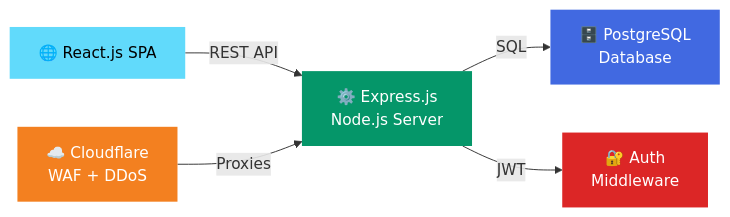
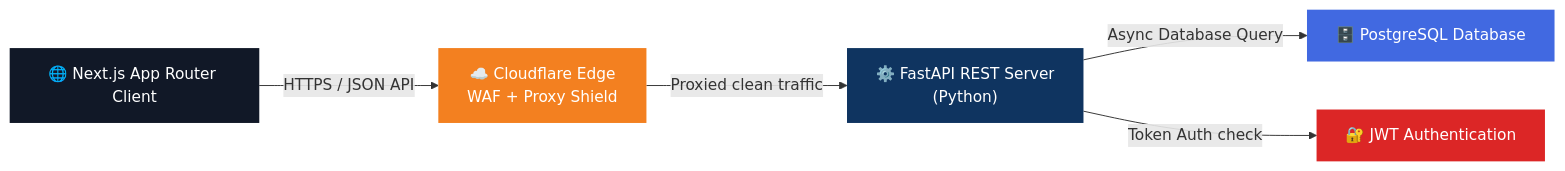
The diagram in README.md (algorithnicmind/Bookflow-management), drawn with Mermaid before and after one commit. The commit also changed other lines of this file and 3 other files, not shown here.

Commit message:
feat: implement FastAPI-based authentication system with JWT, role-based access control, and database models.

````diff
--- a/README.md
+++ b/README.md
@@ -96,13 +96,13 @@
 ```mermaid
 graph LR
-    A["🌐 React.js SPA"] -->|REST API| B["⚙️ Express.js<br/>Node.js Server"]
-    B -->|SQL| C["🗄️ PostgreSQL<br/>Database"]
-    B -->|JWT| D["🔐 Auth<br/>Middleware"]
-    E["☁️ Cloudflare<br/>WAF + DDoS"] -->|Proxies| B
+    A["🌐 Next.js App Router Client"] -->|HTTPS / JSON API| B["☁️ Cloudflare Edge<br/>WAF + Proxy Shield"]
+    B -->|Proxied clean traffic| C["⚙️ FastAPI REST Server<br/>(Python)"]
+    C -->|Async Database Query| D["🗄️ PostgreSQL Database"]
+    C -->|Token Auth check| E["🔐 JWT Authentication"]
 
-    style A fill:#61DAFB,color:#000,stroke:none
-    style B fill:#059669,color:#fff,stroke:none
-    style C fill:#4169E1,color:#fff,stroke:none
-    style D fill:#DC2626,color:#fff,stroke:none
-    style E fill:#F38020,color:#fff,stroke:none
+    style A fill:#111827,color:#fff,stroke:none
+    style B fill:#F38020,color:#fff,stroke:none
+    style C fill:#0f3460,color:#fff,stroke:none
+    style D fill:#4169E1,color:#fff,stroke:none
+    style E fill:#DC2626,color:#fff,stroke:none
 ```
````
